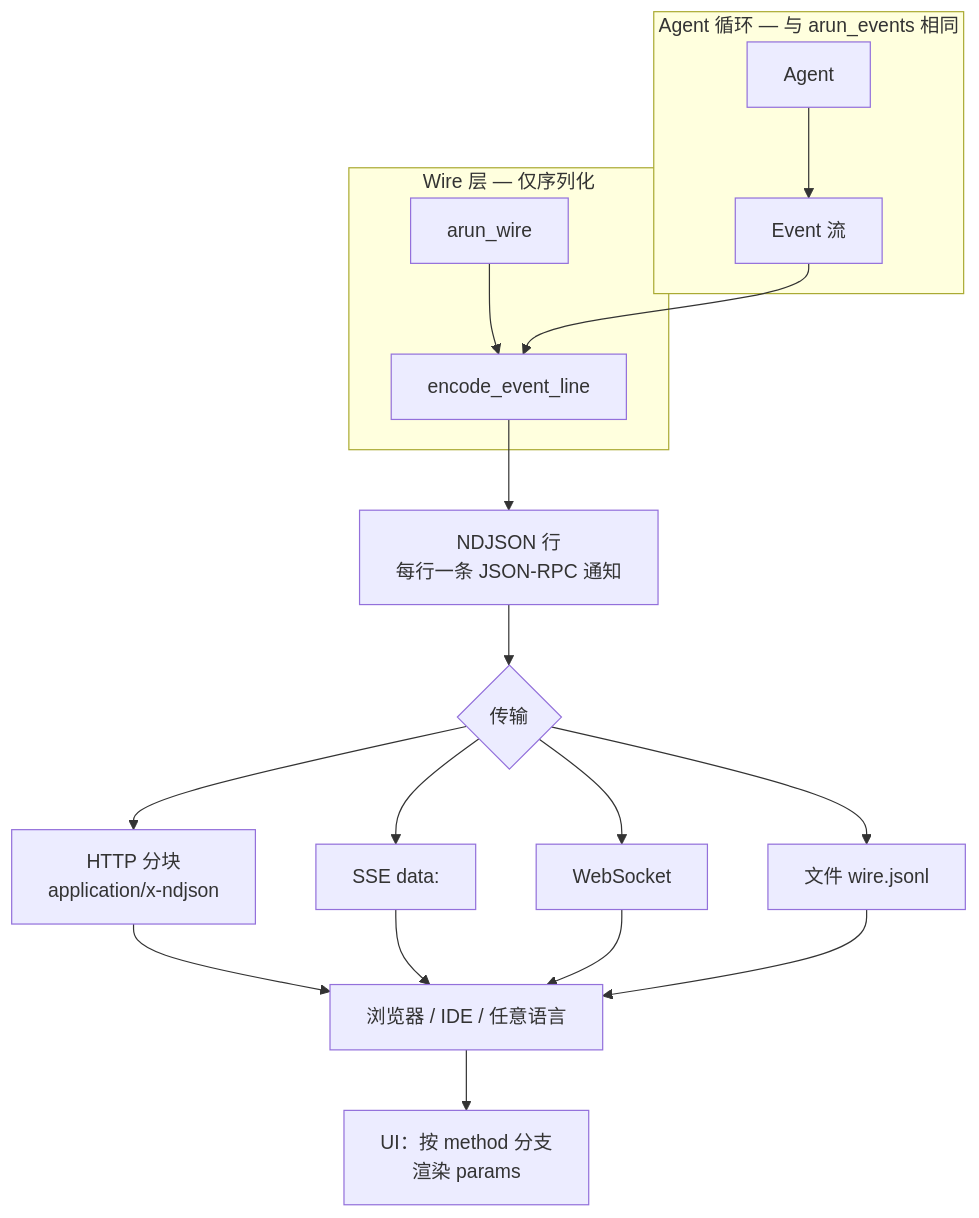
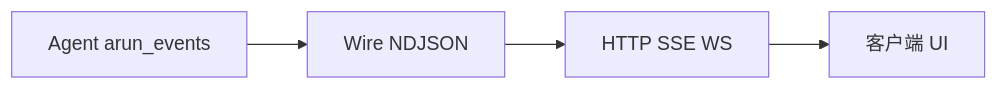
Before and after one commit to Mayerxjchen/ElectroMind: the first of 4 diagrams in docs/zh/wire.md, drawn with Mermaid. The commit also changed other lines of this file and 23 other files, not shown here.

First line of the commit message:
docs: add Mermaid diagrams and fix rendering

````diff
--- a/docs/zh/wire.md
+++ b/docs/zh/wire.md
@@ -13,30 +13,9 @@
 ```mermaid
-flowchart TB
-  subgraph loop [Agent 循环 — 与 arun_events 相同]
-    A[Agent]
-    E[Event 流]
-    A --> E
-  end
+flowchart LR
+  A[Agent arun_events]
+  W[Wire NDJSON]
+  T[HTTP SSE WS]
+  U[客户端 UI]
 
-  subgraph wire [Wire 层 — 仅序列化]
-    W[arun_wire]
-    ENC[encode_event_line]
-    W --> ENC
-  end
-
-  E --> ENC
-  ENC --> NDJSON[NDJSON 行<br/>每行一条 JSON-RPC 通知]
-
-  NDJSON --> T{传输}
-  T --> H[HTTP 分块<br/>application/x-ndjson]
-  T --> S[SSE data:]
-  T --> WS[WebSocket]
-  T --> F[文件 wire.jsonl]
-
-  H --> C[浏览器 / IDE / 任意语言]
-  S --> C
-  WS --> C
-  F --> C
-
-  C --> UI[UI：按 method 分支<br/>渲染 params]
+  A --> W --> T --> U
 ```
````
